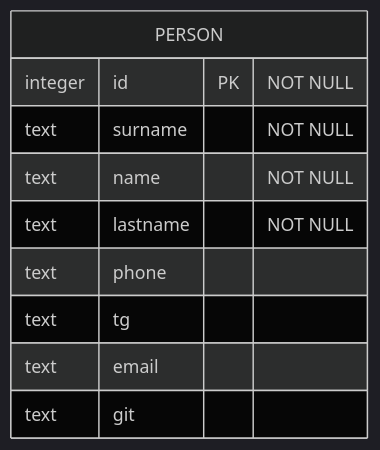
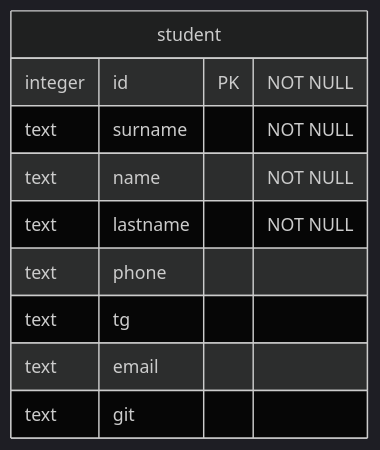
Before and after one commit to black-lemonov/KotlinPatterns: the sixth of 6 diagrams in README.md, drawn with Mermaid (dark theme). The commit also changed 2 other files, not shown here.

Commit message:
ЛР4 Добавлены данные в таблицу

````diff
--- a/README.md
+++ b/README.md
@@ -244,13 +244,13 @@
 ```mermaid
 erDiagram
-    PERSON {
+    student {
         integer id PK "NOT NULL"
         text surname "NOT NULL"
         text name "NOT NULL"
         text lastname "NOT NULL"
         text phone
         text tg
         text email
         text git
     }
 ```
````
